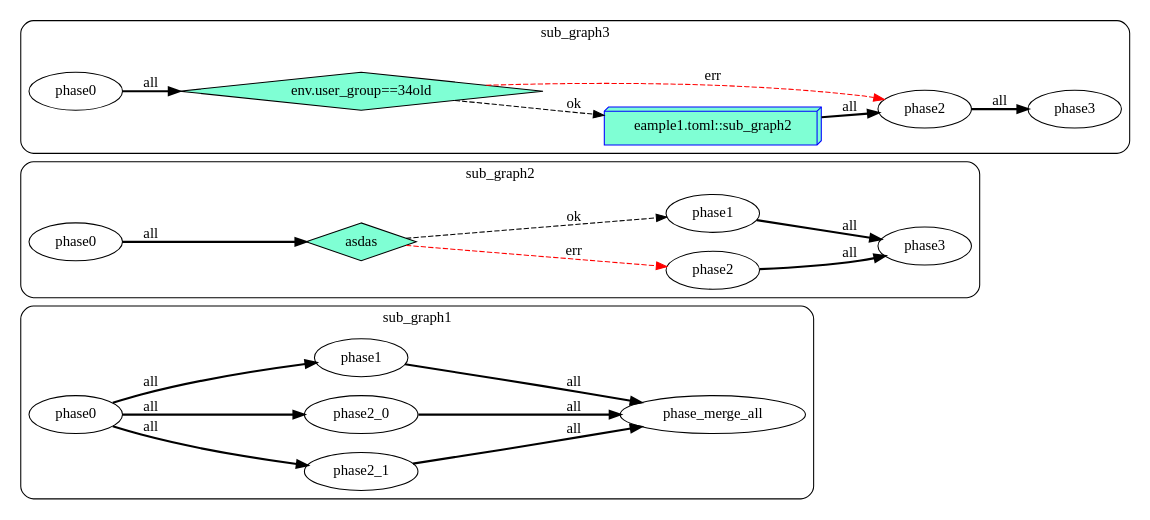
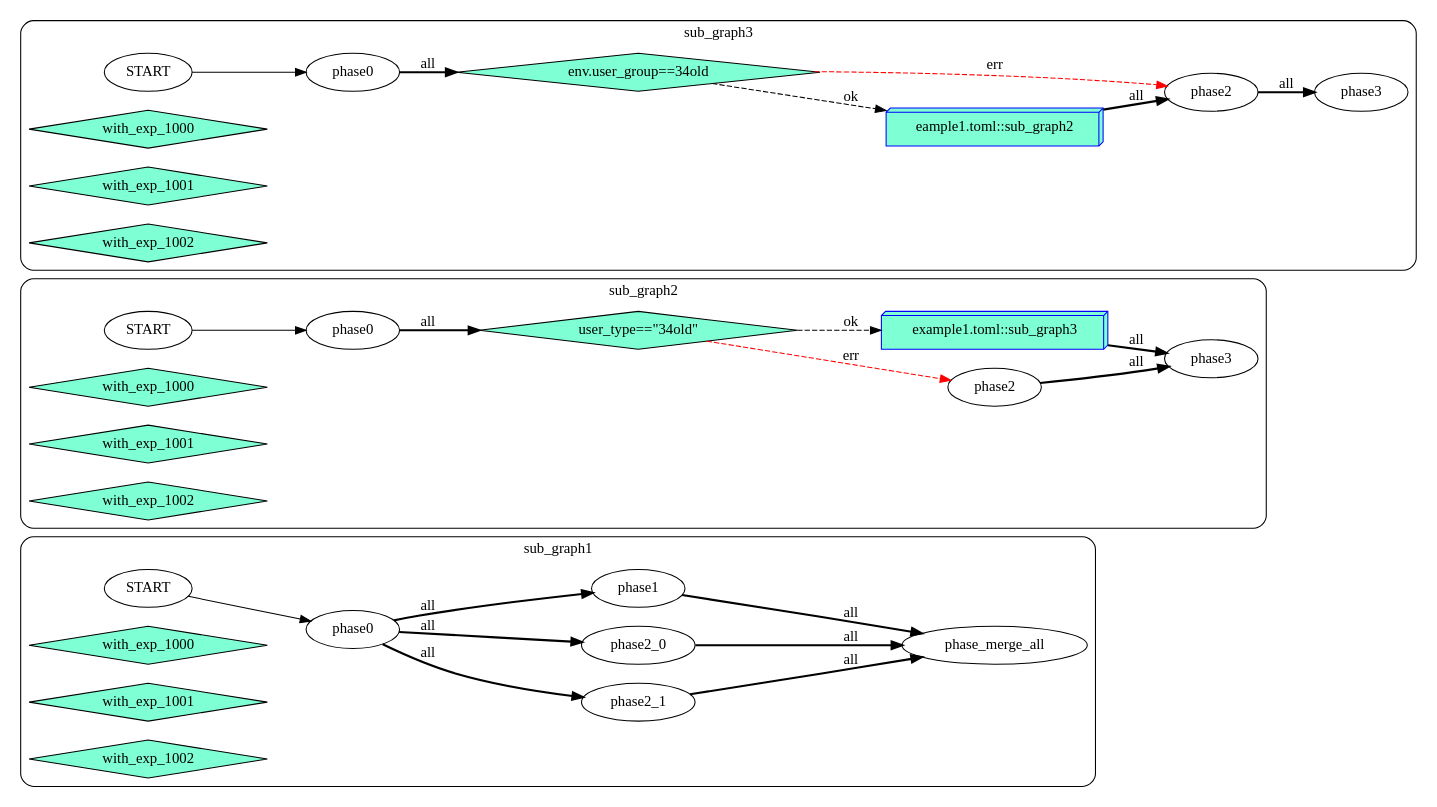
The diagram in didagle/example/example1.toml.dot (yinqiwen/myctk), drawn with Graphviz before and after one commit. The commit also changed 10 other files, not shown here.

```diff
--- a/didagle/example/example1.toml.dot
+++ b/didagle/example/example1.toml.dot
@@ -1,46 +1,58 @@
 digraph G {
     rankdir=LR;
   subgraph cluster_sub_graph1{
     style = rounded;
     label = "sub_graph1";
+    sub_graph1__START__ [label="START"];
     sub_graph1_phase2_1 [label="phase2_1"];
     sub_graph1_phase2_0 [label="phase2_0"];
     sub_graph1_phase_merge_all [label="phase_merge_all"];
     sub_graph1_phase0 [label="phase0"];
     sub_graph1_phase1 [label="phase1"];
+    sub_graph1_with_exp_1000 [label="with_exp_1000" shape=diamond color=black fillcolor=aquamarine style=filled];
+    sub_graph1_with_exp_1001 [label="with_exp_1001" shape=diamond color=black fillcolor=aquamarine style=filled];
+    sub_graph1_with_exp_1002 [label="with_exp_1002" shape=diamond color=black fillcolor=aquamarine style=filled];
     sub_graph1_phase0 -> sub_graph1_phase2_1 [style=bold label="all"];
     sub_graph1_phase0 -> sub_graph1_phase2_0 [style=bold label="all"];
     sub_graph1_phase2_1 -> sub_graph1_phase_merge_all [style=bold label="all"];
     sub_graph1_phase1 -> sub_graph1_phase_merge_all [style=bold label="all"];
     sub_graph1_phase2_0 -> sub_graph1_phase_merge_all [style=bold label="all"];
-    sub_graph1_phase0 -> sub_graph1_phase1 [style=bold label="all"];
+    sub_graph1__START__ -> sub_graph1_phase0    sub_graph1_phase0 -> sub_graph1_phase1 [style=bold label="all"];
 };
   subgraph cluster_sub_graph2{
     style = rounded;
     label = "sub_graph2";
+    sub_graph2__START__ [label="START"];
     sub_graph2_phase0 [label="phase0"];
     sub_graph2_phase3 [label="phase3"];
     sub_graph2_phase2 [label="phase2"];
-    sub_graph2_phase1 [label="phase1"];
-    sub_graph2_test_34old [label="asdas" shape=diamond color=black fillcolor=aquamarine style=filled];
+    sub_graph2_subgraph_invoke [label="example1.toml::sub_graph3" shape=box3d, color=blue fillcolor=aquamarine style=filled];
+    sub_graph2_test_34old [label="user_type==\"34old\"" shape=diamond color=black fillcolor=aquamarine style=filled];
+    sub_graph2_with_exp_1000 [label="with_exp_1000" shape=diamond color=black fillcolor=aquamarine style=filled];
+    sub_graph2_with_exp_1001 [label="with_exp_1001" shape=diamond color=black fillcolor=aquamarine style=filled];
+    sub_graph2_with_exp_1002 [label="with_exp_1002" shape=diamond color=black fillcolor=aquamarine style=filled];
+    sub_graph2__START__ -> sub_graph2_phase0    sub_graph2_subgraph_invoke -> sub_graph2_phase3 [style=bold label="all"];
     sub_graph2_phase2 -> sub_graph2_phase3 [style=bold label="all"];
-    sub_graph2_phase1 -> sub_graph2_phase3 [style=bold label="all"];
     sub_graph2_test_34old -> sub_graph2_phase2 [style=dashed color=red label="err"];
-    sub_graph2_test_34old -> sub_graph2_phase1 [style=dashed label="ok"];
+    sub_graph2_test_34old -> sub_graph2_subgraph_invoke [style=dashed label="ok"];
     sub_graph2_phase0 -> sub_graph2_test_34old [style=bold label="all"];
 };
   subgraph cluster_sub_graph3{
     style = rounded;
     label = "sub_graph3";
+    sub_graph3__START__ [label="START"];
     sub_graph3_sub_graph2 [label="eample1.toml::sub_graph2" shape=box3d, color=blue fillcolor=aquamarine style=filled];
     sub_graph3_phase0 [label="phase0"];
     sub_graph3_phase3 [label="phase3"];
     sub_graph3_phase2 [label="phase2"];
     sub_graph3_test_34old [label="env.user_group==34old" shape=diamond color=black fillcolor=aquamarine style=filled];
+    sub_graph3_with_exp_1000 [label="with_exp_1000" shape=diamond color=black fillcolor=aquamarine style=filled];
+    sub_graph3_with_exp_1001 [label="with_exp_1001" shape=diamond color=black fillcolor=aquamarine style=filled];
+    sub_graph3_with_exp_1002 [label="with_exp_1002" shape=diamond color=black fillcolor=aquamarine style=filled];
     sub_graph3_test_34old -> sub_graph3_sub_graph2 [style=dashed label="ok"];
-    sub_graph3_phase2 -> sub_graph3_phase3 [style=bold label="all"];
+    sub_graph3__START__ -> sub_graph3_phase0    sub_graph3_phase2 -> sub_graph3_phase3 [style=bold label="all"];
     sub_graph3_sub_graph2 -> sub_graph3_phase2 [style=bold label="all"];
     sub_graph3_test_34old -> sub_graph3_phase2 [style=dashed color=red label="err"];
     sub_graph3_phase0 -> sub_graph3_test_34old [style=bold label="all"];
 };
 }
```
